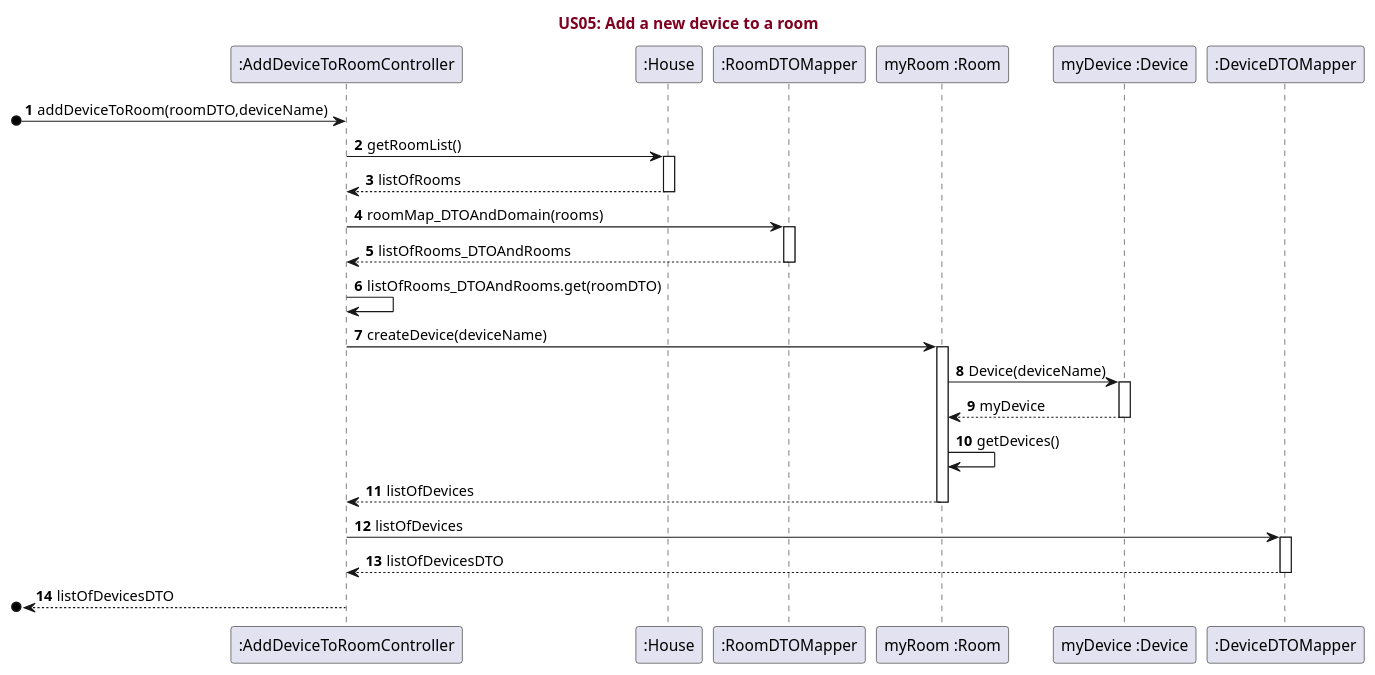
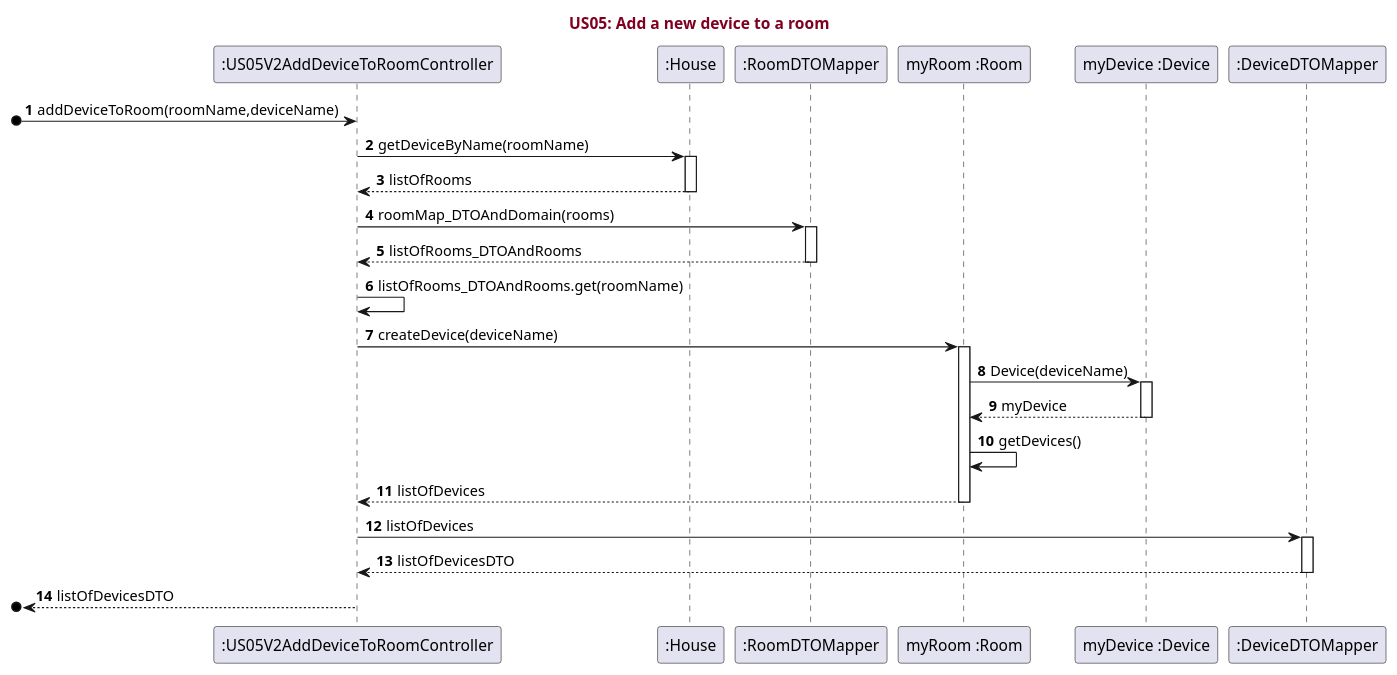
The diagram in src/main/java/pt/ipp/isep/dei/examples/basic/domain/SmartHome/UML/US05.puml (RicardoAraujoPT/SmartHome2), drawn with PlantUML before and after one commit. The commit also changed 2 other files, not shown here.

Commit message:
updated US05 to receive roomName instead of roomDTO. updated US05V2AddDeviceToRoomController and US05AddDeviceToRoomControllerTest

```diff
--- a/src/main/java/pt/ipp/isep/dei/examples/basic/domain/SmartHome/UML/US05.puml
+++ b/src/main/java/pt/ipp/isep/dei/examples/basic/domain/SmartHome/UML/US05.puml
@@ -1,46 +1,46 @@
 @startuml
 'https://plantuml.com/sequence-diagram
 
 title <font color=#800020>US05: Add a new device to a room</font>
 
 
 autonumber
 
-participant ":AddDeviceToRoomController"
+participant ":US05V2AddDeviceToRoomController"
 participant ":House"
 participant ":RoomDTOMapper"
 participant "myRoom :Room"
 participant "myDevice :Device"
 participant ":DeviceDTOMapper"
 
 
-[o-> ":AddDeviceToRoomController" : addDeviceToRoom(roomDTO,deviceName)
-":AddDeviceToRoomController" -> ":House" : getRoomList()
+[o-> ":US05V2AddDeviceToRoomController" : addDeviceToRoom(roomName,deviceName)
+":US05V2AddDeviceToRoomController" -> ":House" : getDeviceByName(roomName)
 activate ":House"
-":AddDeviceToRoomController" <-- ":House" : listOfRooms
+":US05V2AddDeviceToRoomController" <-- ":House" : listOfRooms
 deactivate ":House"
-":AddDeviceToRoomController" -> ":RoomDTOMapper" : roomMap_DTOAndDomain(rooms)
+":US05V2AddDeviceToRoomController" -> ":RoomDTOMapper" : roomMap_DTOAndDomain(rooms)
 activate ":RoomDTOMapper"
-":AddDeviceToRoomController" <-- ":RoomDTOMapper" : listOfRooms_DTOAndRooms
+":US05V2AddDeviceToRoomController" <-- ":RoomDTOMapper" : listOfRooms_DTOAndRooms
 deactivate ":RoomDTOMapper"
-":AddDeviceToRoomController" -> ":AddDeviceToRoomController" : listOfRooms_DTOAndRooms.get(roomDTO)
-":AddDeviceToRoomController" -> "myRoom :Room" : createDevice(deviceName)
+":US05V2AddDeviceToRoomController" -> ":US05V2AddDeviceToRoomController" : listOfRooms_DTOAndRooms.get(roomName)
+":US05V2AddDeviceToRoomController" -> "myRoom :Room" : createDevice(deviceName)
 activate "myRoom :Room"
 "myRoom :Room" -> "myDevice :Device" : Device(deviceName)
 activate "myDevice :Device"
 "myDevice :Device" --> "myRoom :Room" : myDevice
 deactivate "myDevice :Device"
 "myRoom :Room" -> "myRoom :Room" : getDevices()
-":AddDeviceToRoomController" <-- "myRoom :Room" : listOfDevices
+":US05V2AddDeviceToRoomController" <-- "myRoom :Room" : listOfDevices
 deactivate "myRoom :Room"
-":AddDeviceToRoomController" -> ":DeviceDTOMapper" : listOfDevices
+":US05V2AddDeviceToRoomController" -> ":DeviceDTOMapper" : listOfDevices
 activate ":DeviceDTOMapper"
-":AddDeviceToRoomController" <-- ":DeviceDTOMapper" : listOfDevicesDTO
+":US05V2AddDeviceToRoomController" <-- ":DeviceDTOMapper" : listOfDevicesDTO
 deactivate ":DeviceDTOMapper"
-[o<-- ":AddDeviceToRoomController" : listOfDevicesDTO
-deactivate ":AddDeviceToRoomController"
+[o<-- ":US05V2AddDeviceToRoomController" : listOfDevicesDTO
+deactivate ":US05V2AddDeviceToRoomController"
 
 
 
 
 @enduml
```
